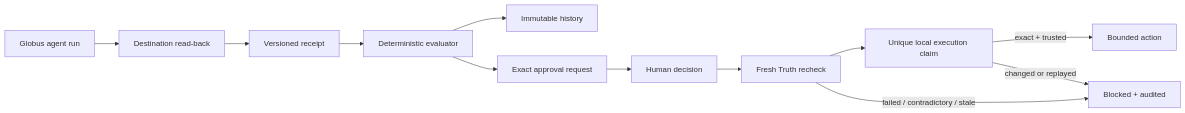
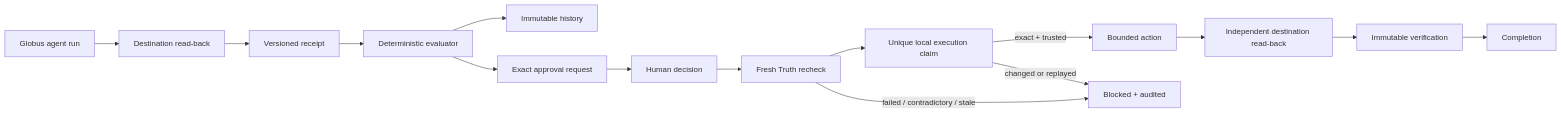
Before and after one commit to Build-With-Sumit/globus: the diagram in README.md, drawn with Mermaid. The commit also changed other lines of this file and 25 other files, not shown here.

Commit message:
feat: add verified action SDK and execution timeline

````diff
--- a/README.md
+++ b/README.md
@@ -138,14 +163,17 @@
 ```mermaid
 flowchart LR
     A[Globus agent run] --> B[Destination read-back]
     B --> C[Versioned receipt]
     C --> D[Deterministic evaluator]
     D --> E[Immutable history]
     D --> F[Exact approval request]
     F --> G[Human decision]
     G --> H[Fresh Truth recheck]
     H --> I[Unique local execution claim]
     I -->|exact + trusted| J[Bounded action]
+    J --> L[Independent destination read-back]
+    L --> M[Immutable verification]
+    M --> N[Completion]
     H -->|failed / contradictory / stale| K[Blocked + audited]
     I -->|changed or replayed| K
 ```
````
